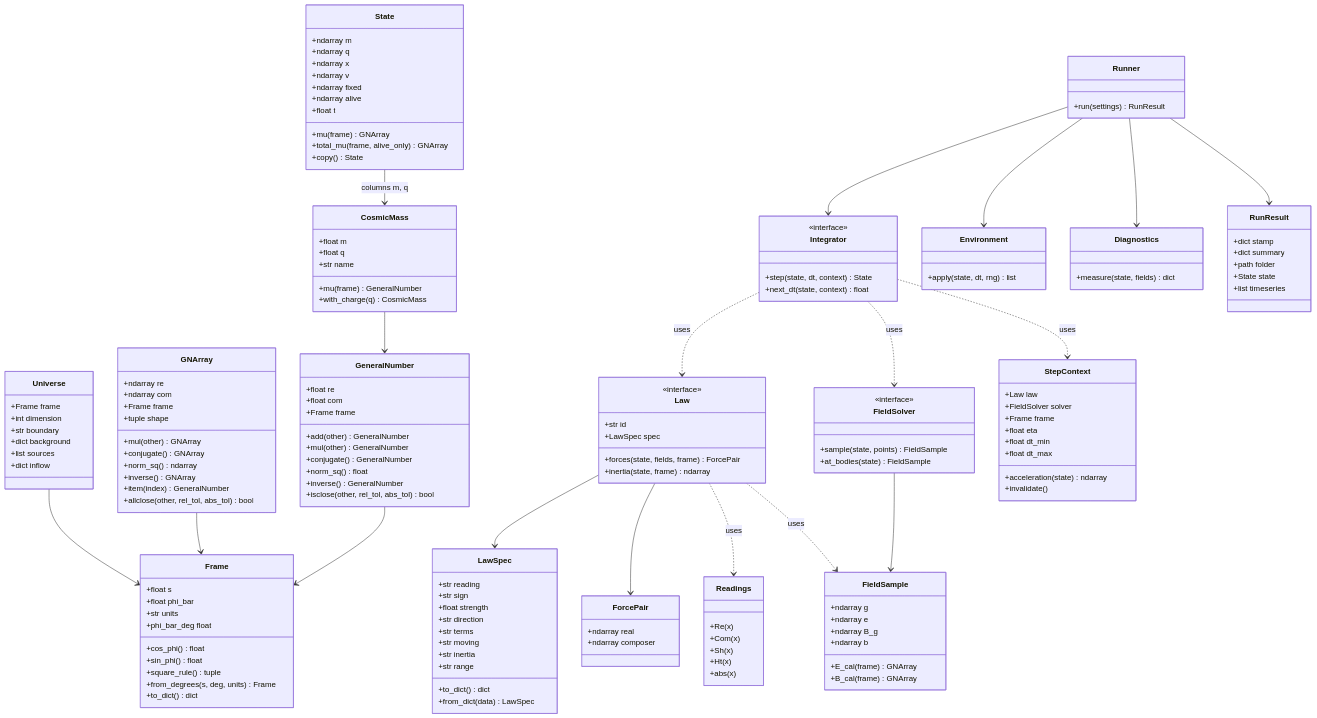
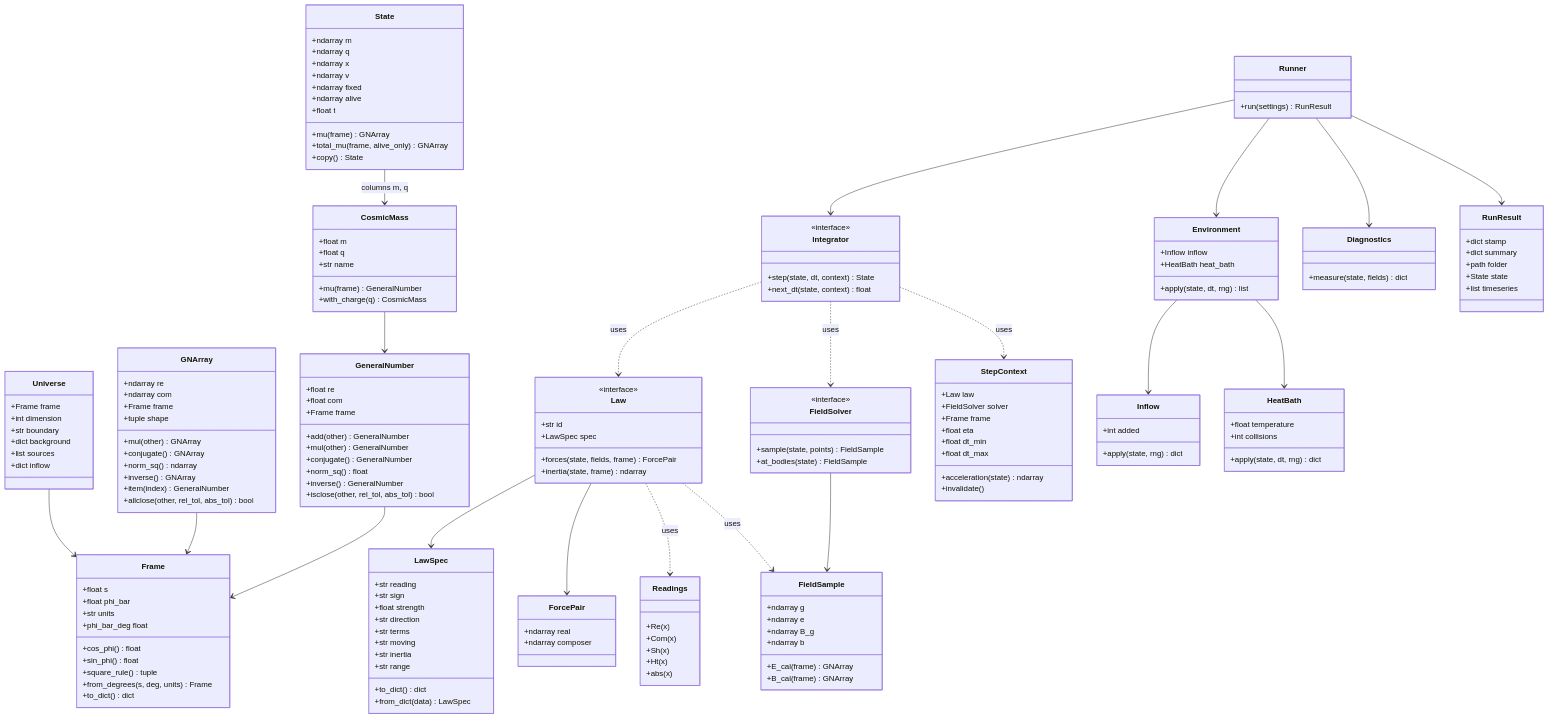
One commit to isaacmindx-collab/cosmic-mass-lab changed the third of 8 diagrams in ARCHITECTURE.md. Above: the diagram before and after it, drawn with Mermaid. The commit also changed other lines of this file and 10 other files, not shown here.

Commit message:
E6b: inflow (U7), Andersen heat bath, kinetic temperature; fixed sources (U6) tested; settings, runner, stamp and schema; ARCHITECTURE.md (D18); questions 20-22

```diff
--- a/ARCHITECTURE.md
+++ b/ARCHITECTURE.md
@@ -387,8 +387,21 @@
         +next_dt(state, context) float
     }
     class Environment {
+        +Inflow inflow
+        +HeatBath heat_bath
         +apply(state, dt, rng) list
     }
+    class Inflow {
+        +int added
+        +apply(state, rng) dict
+    }
+    class HeatBath {
+        +float temperature
+        +int collisions
+        +apply(state, dt, rng) dict
+    }
+    Environment --> Inflow
+    Environment --> HeatBath
     class Diagnostics {
         +measure(state, fields) dict
     }
```
